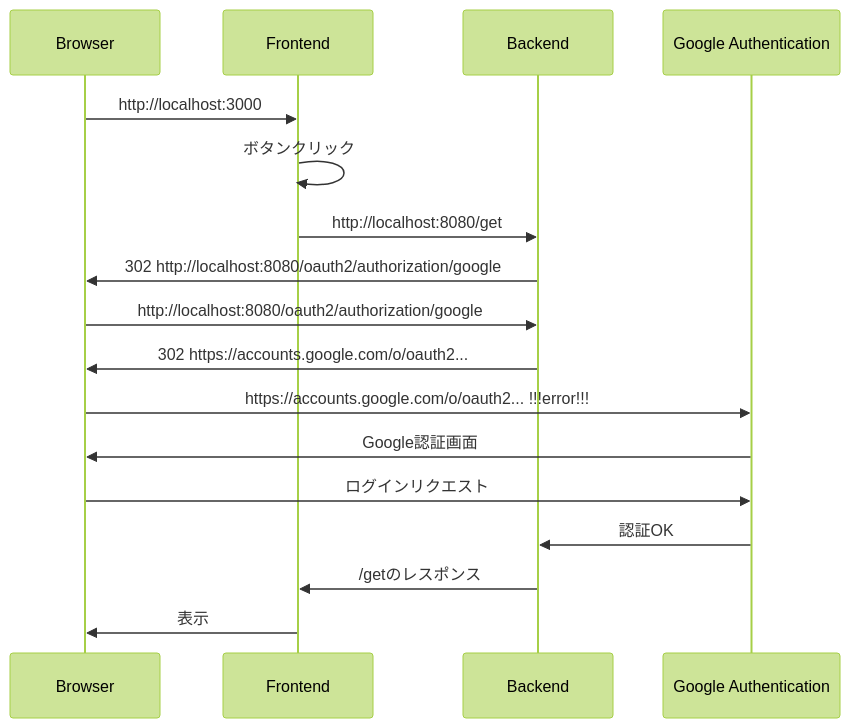
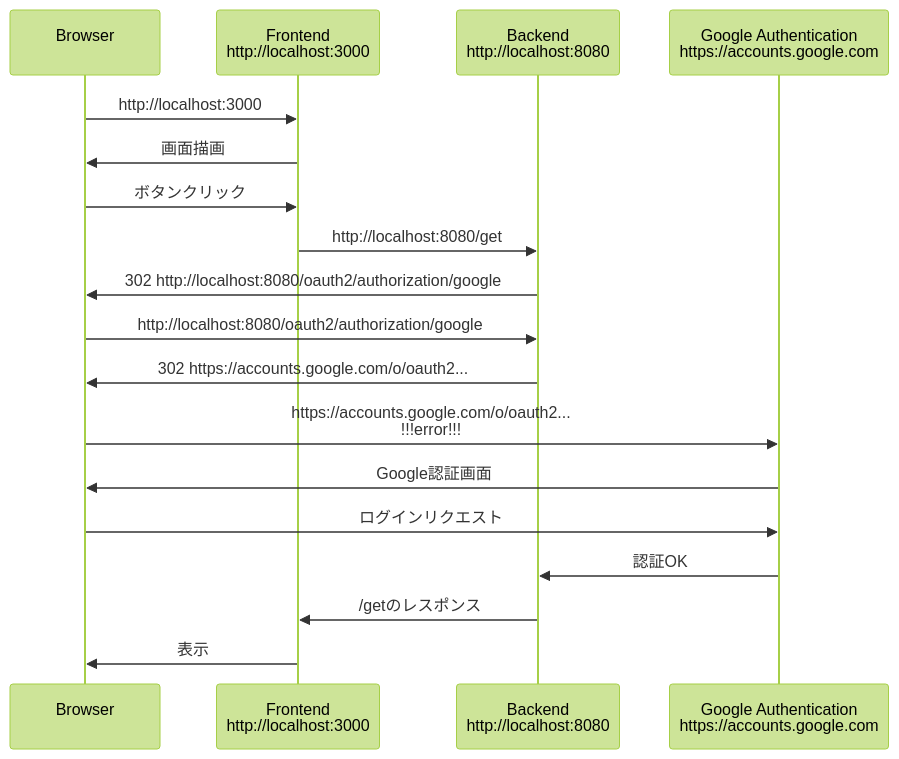
Before and after one commit to ShoMizushima/frontend-backend-auth: the diagram in README.md, drawn with Mermaid. The commit also changed other lines of this file and 5 other files, not shown here.

````diff
--- a/README.md
+++ b/README.md
@@ -5,20 +5,21 @@
 ```mermaid
 sequenceDiagram
 %%{init:{'theme':'forest'}}%%
-    participant BR as Browser
-    participant FE as Frontend
-    participant BE as Backend
-    participant GA as Google Authentication
+    participant BR as Browser<br>
+    participant FE as Frontend<br>http://localhost:3000
+    participant BE as Backend<br>http://localhost:8080
+    participant GA as Google Authentication<br>https://accounts.google.com
     BR->>FE: http://localhost:3000
-    FE->>FE: ボタンクリック
+    FE->>BR: 画面描画
+    BR->>FE: ボタンクリック
     FE->>BE: http://localhost:8080/get
     BE->>BR: 302 http://localhost:8080/oauth2/authorization/google
     BR->>BE: http://localhost:8080/oauth2/authorization/google
     BE->>BR: 302 https://accounts.google.com/o/oauth2...
-    BR->>GA: https://accounts.google.com/o/oauth2... !!!error!!!
+    BR->>GA: https://accounts.google.com/o/oauth2... <br>!!!error!!!
     GA->>BR: Google認証画面
     BR->>GA: ログインリクエスト
     GA->>BE: 認証OK
     BE->>FE: /getのレスポンス
     FE->>BR: 表示
 ```
````
